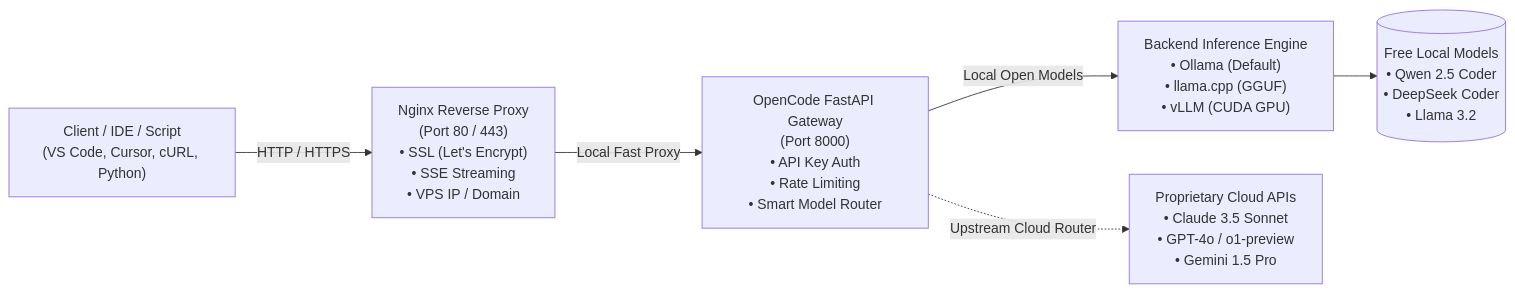
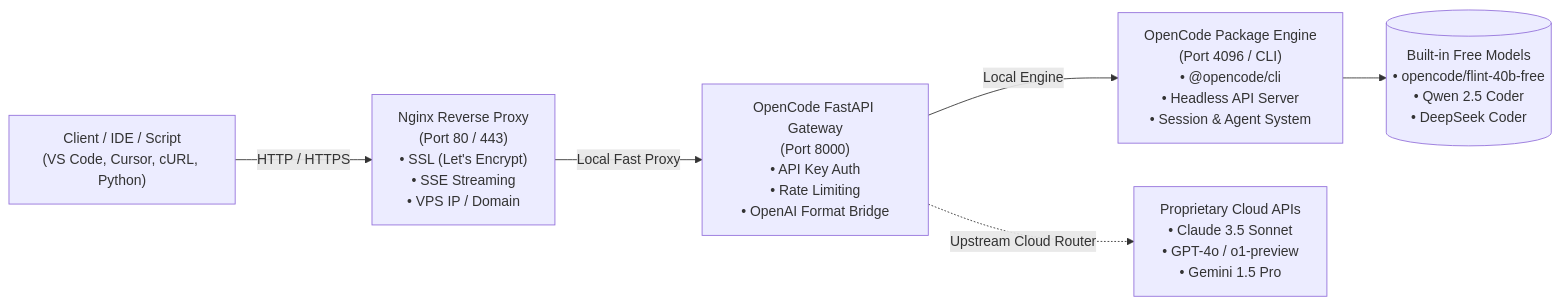
One commit to RomeoXLover/opencode-apis changed the diagram in README.md. Above: the diagram before and after it, drawn with Mermaid. The commit also changed other lines of this file and 10 other files, not shown here.

Commit message:
feat: switch core inference engine from Ollama to official OpenCode package

````diff
--- a/README.md
+++ b/README.md
@@ -14,8 +14,8 @@
 ```mermaid
 flowchart LR
     Client["Client / IDE / Script\n(VS Code, Cursor, cURL, Python)"] -->|HTTP / HTTPS| Proxy["Nginx Reverse Proxy\n(Port 80 / 443)\n• SSL (Let's Encrypt)\n• SSE Streaming\n• VPS IP / Domain"]
-    Proxy -->|Local Fast Proxy| Gateway["OpenCode FastAPI Gateway\n(Port 8000)\n• API Key Auth\n• Rate Limiting\n• Smart Model Router"]
-    Gateway -->|Local Open Models| Engine["Backend Inference Engine\n• Ollama (Default)\n• llama.cpp (GGUF)\n• vLLM (CUDA GPU)"]
+    Proxy -->|Local Fast Proxy| Gateway["OpenCode FastAPI Gateway\n(Port 8000)\n• API Key Auth\n• Rate Limiting\n• OpenAI Format Bridge"]
+    Gateway -->|Local Engine| Engine["OpenCode Package Engine\n(Port 4096 / CLI)\n• @opencode/cli\n• Headless API Server\n• Session & Agent System"]
     Gateway -.->|Upstream Cloud Router| Cloud["Proprietary Cloud APIs\n• Claude 3.5 Sonnet\n• GPT-4o / o1-preview\n• Gemini 1.5 Pro"]
-    Engine --> Weights[("Free Local Models\n• Qwen 2.5 Coder\n• DeepSeek Coder\n• Llama 3.2")]
+    Engine --> Weights[("Built-in Free Models\n• opencode/flint-40b-free\n• Qwen 2.5 Coder\n• DeepSeek Coder")]
 ```
````
